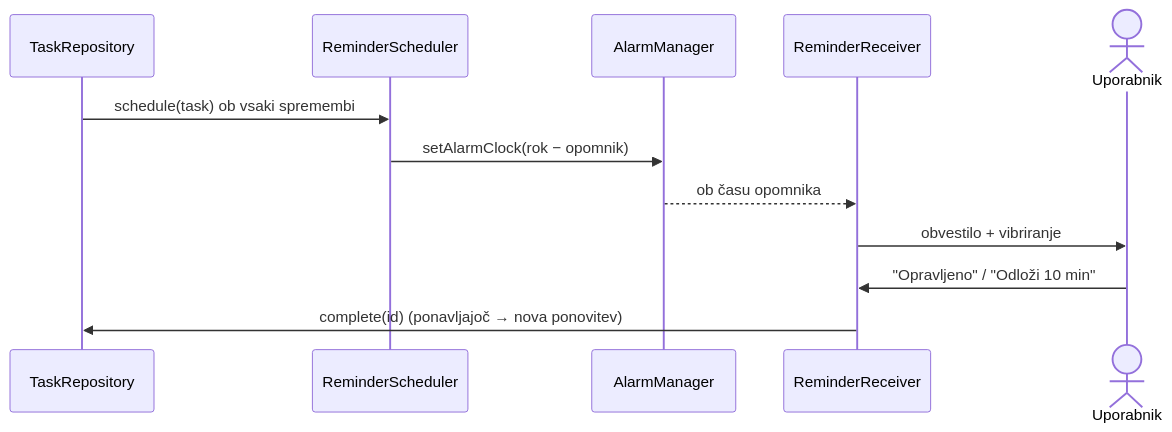
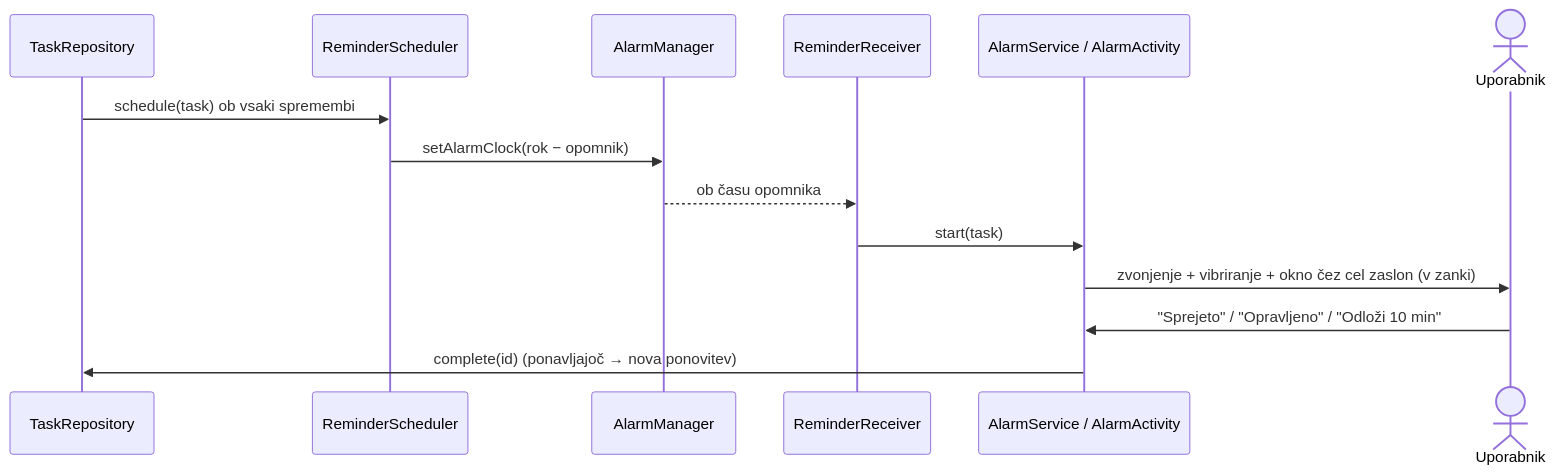
The fifth of 5 diagrams in docs/ARHITEKTURA.md (Kosovircek/WorkManagmentApp), drawn with Mermaid before and after one commit. The commit also changed other lines of this file and 12 other files, not shown here.

````diff
--- a/docs/ARHITEKTURA.md
+++ b/docs/ARHITEKTURA.md
@@ -202,14 +207,16 @@
 ```mermaid
 sequenceDiagram
     participant R as TaskRepository
     participant S as ReminderScheduler
     participant A as AlarmManager
     participant RR as ReminderReceiver
+    participant AS as AlarmService / AlarmActivity
     actor U as Uporabnik
     R->>S: schedule(task) ob vsaki spremembi
     S->>A: setAlarmClock(rok − opomnik)
     A-->>RR: ob času opomnika
-    RR->>U: obvestilo + vibriranje
-    U->>RR: "Opravljeno" / "Odloži 10 min"
-    RR->>R: complete(id)  (ponavljajoč → nova ponovitev)
+    RR->>AS: start(task)
+    AS->>U: zvonjenje + vibriranje + okno čez cel zaslon (v zanki)
+    U->>AS: "Sprejeto" / "Opravljeno" / "Odloži 10 min"
+    AS->>R: complete(id)  (ponavljajoč → nova ponovitev)
 ```
````
